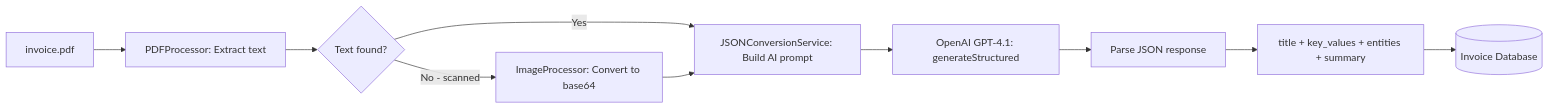
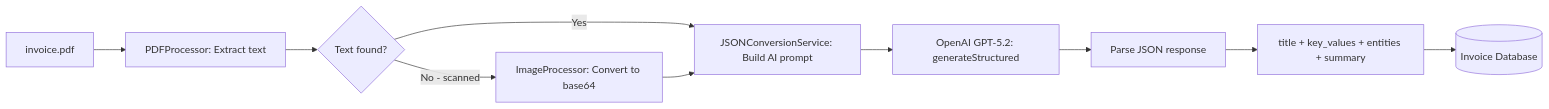
Before and after one commit to subhashladumor1/laravel-ai-docs: the second of 6 diagrams in README.md, drawn with Mermaid. The commit also changed other lines of this file and 1 other file, not shown here.

````diff
--- a/README.md
+++ b/README.md
@@ -162,12 +162,12 @@
 ```mermaid
 flowchart LR
     A[invoice.pdf] --> B[PDFProcessor: Extract text]
     B --> C{Text found?}
     C -->|Yes| D[JSONConversionService: Build AI prompt]
     C -->|No - scanned| E[ImageProcessor: Convert to base64]
     E --> D
-    D --> F[OpenAI GPT-4.1: generateStructured]
+    D --> F[OpenAI GPT-5.2: generateStructured]
     F --> G[Parse JSON response]
     G --> H[title + key_values + entities + summary]
     H --> I[(Invoice Database)]
 ```
````
